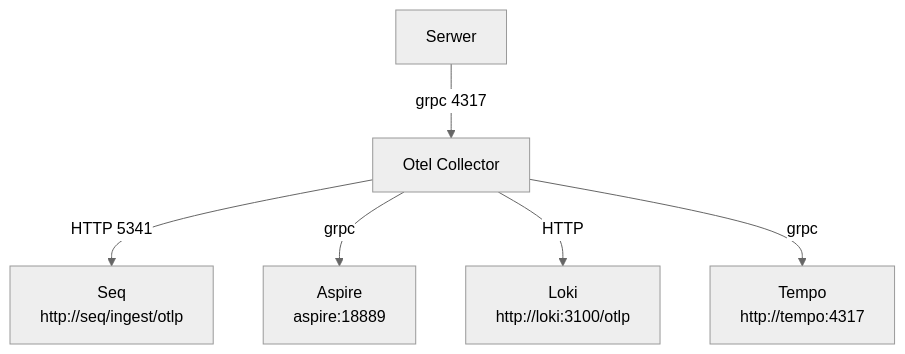
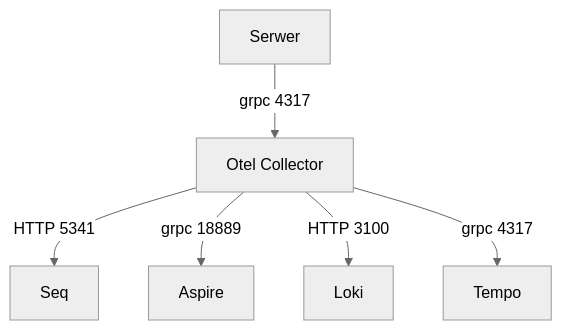
One commit to mojski/otello changed the diagram in README.md. Above: the diagram before and after it, drawn with Mermaid (neutral theme).

````diff
--- a/README.md
+++ b/README.md
@@ -5,13 +5,13 @@
 ```mermaid
 graph TD
     Serwer["Serwer"] --"grpc 4317"--> OTEL["Otel Collector"]
     OTEL --"HTTP 5341"--> Seq
-    OTEL --"grpc"--> Aspire
-    OTEL --"HTTP"--> node_1
-    OTEL --"grpc"--> node_2
+    OTEL --"grpc 18889"--> Aspire
+    OTEL --"HTTP 3100"--> node_1
+    OTEL --"grpc 4317"--> node_2
 
-    node_1["Loki\nhttp://loki:3100/otlp"]
-    node_2["Tempo\nhttp://tempo:4317"]
-    Seq["Seq\nhttp://seq/ingest/otlp"]
-    Aspire["Aspire\naspire:18889"]
+    node_1["Loki"]
+    node_2["Tempo"]
+    Seq["Seq"]
+    Aspire["Aspire"]
 ```
````
